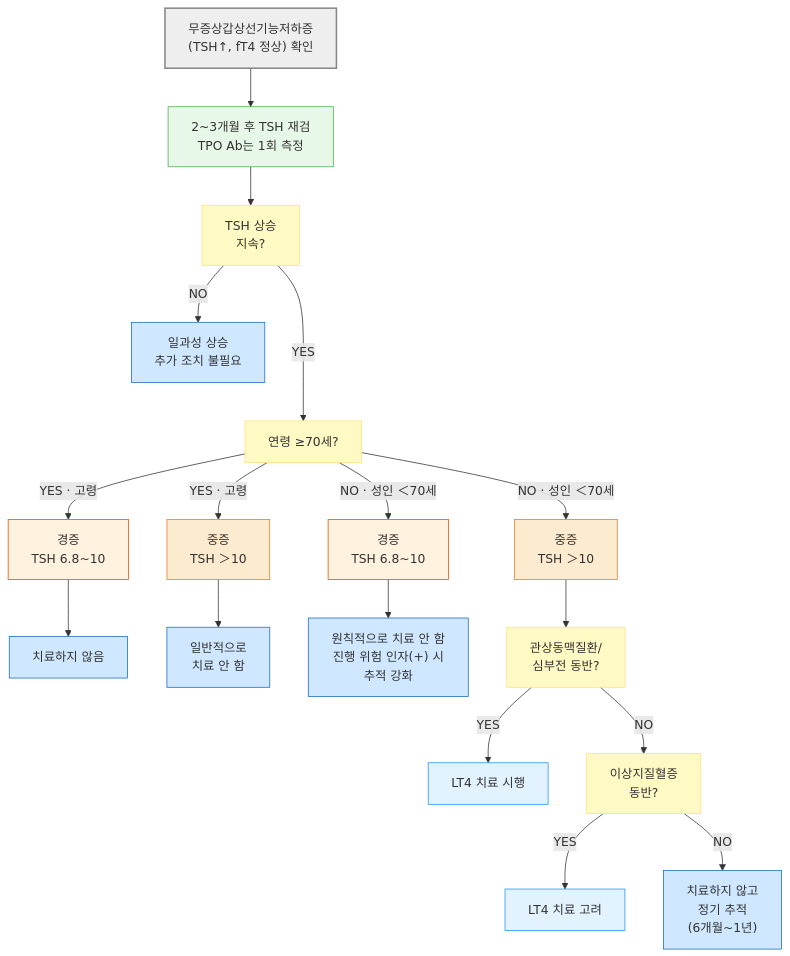
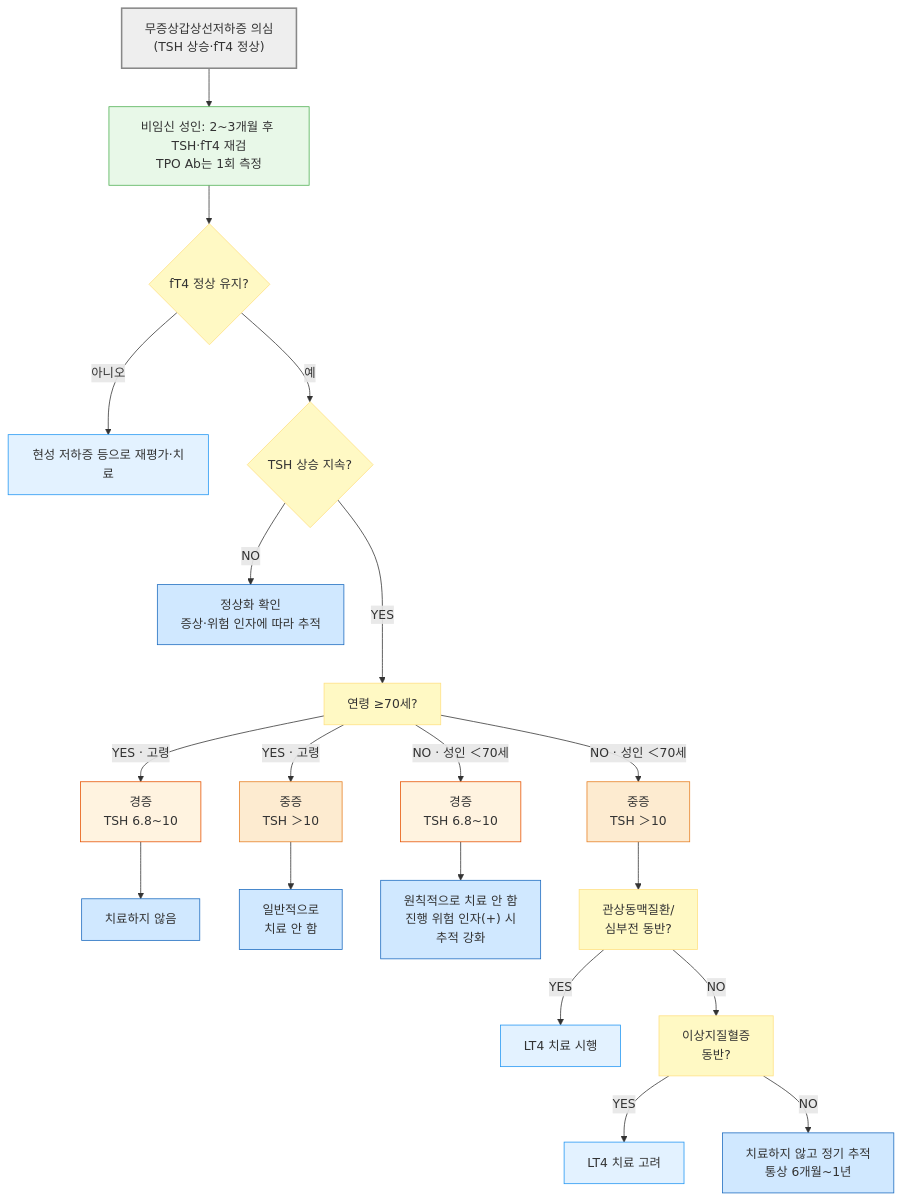
The second of 2 diagrams in 226_/105_-hypothyroidism.md (familyoh77/familyoh77), drawn with Mermaid before and after one commit. The commit also changed other lines of this file and 9 other files, not shown here.

````diff
--- a/226_/105_-hypothyroidism.md
+++ b/226_/105_-hypothyroidism.md
@@ -350,33 +336,34 @@
 ```mermaid
 flowchart TD
-    Start["무증상갑상선기능저하증<br>(TSH↑, fT4 정상) 확인"] --> Retest["2~3개월 후 TSH 재검<br>TPO Ab는 1회 측정"]
-    Retest --> Persist["TSH 상승<br>지속?"]
-    Persist -->|NO| Resolve["일과성 상승<br>추가 조치 불필요"]
+    Start["무증상갑상선저하증 의심<br/>(TSH 상승·fT4 정상)"] --> Retest["비임신 성인: 2~3개월 후 TSH·fT4 재검<br/>TPO Ab는 1회 측정"]
+    Retest --> FT4Check{"fT4 정상 유지?"}
+    FT4Check -->|아니오| Overt["현성 저하증 등으로 재평가·치료"]
+    FT4Check -->|예| Persist{"TSH 상승 지속?"}
+    Persist -->|NO| Resolve["정상화 확인<br/>증상·위험 인자에 따라 추적"]
     Persist --->|YES| Age["연령 ≥70세?"]
     Age -->|YES · 고령| ElderlyMild["경증<br>TSH 6.8~10"]
     Age -->|YES · 고령| ElderlySevere["중증<br>TSH ＞10"]
     ElderlyMild --> ElderlyMildTx["치료하지 않음"]
     ElderlySevere --> ElderlySevereTx["일반적으로<br>치료 안 함"]
     Age -->|NO · 성인 ＜70세| AdultMild["경증<br>TSH 6.8~10"]
     Age -->|NO · 성인 ＜70세| AdultSevere["중증<br>TSH ＞10"]
     AdultMild --> AdultMildTx["원칙적으로 치료 안 함<br>진행 위험 인자(+) 시<br>추적 강화"]
     AdultSevere --> CADHF["관상동맥질환/<br>심부전 동반?"]
     CADHF -->|YES| TxYes["LT4 치료 시행"]
     CADHF -->|NO| Dyslip["이상지질혈증<br>동반?"]
     Dyslip -->|YES| TxConsider["LT4 치료 고려"]
-    Dyslip -->|NO| Observe["치료하지 않고<br>정기 추적
-    (6개월~1년)"]
+    Dyslip -->|NO| Observe["치료하지 않고 정기 추적<br/>통상 6개월~1년"]
 
 style Start fill:#eeeeee,stroke:#888888,stroke-width:2px
 classDef yellow fill:#fff9c4,stroke:#ffe082
-class Age,Persist,CADHF,Dyslip yellow
+class Age,Persist,CADHF,Dyslip,FT4Check yellow
 classDef orange fill:#fdebd0,stroke:#e67e22
 class ElderlySevere,AdultSevere orange
 classDef orange50 fill:#fff3e0,stroke:#e65100
 class AdultMild,ElderlyMild orange50
 classDef sky fill:#e3f2ff,stroke:#2196f3
-class TxConsider,TxYes sky
+class TxConsider,TxYes,Overt sky
 classDef blue fill:#d0e8ff,stroke:#1a6abf
 class Resolve,ElderlyMildTx,ElderlySevereTx,AdultMildTx,Observe blue
 style Retest fill:#e8f8e8,stroke:#4caf50
 ```
````
